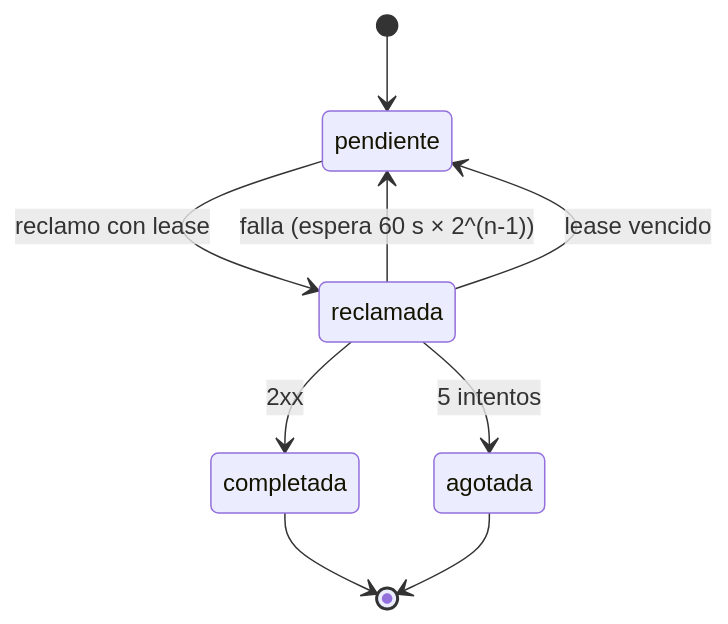
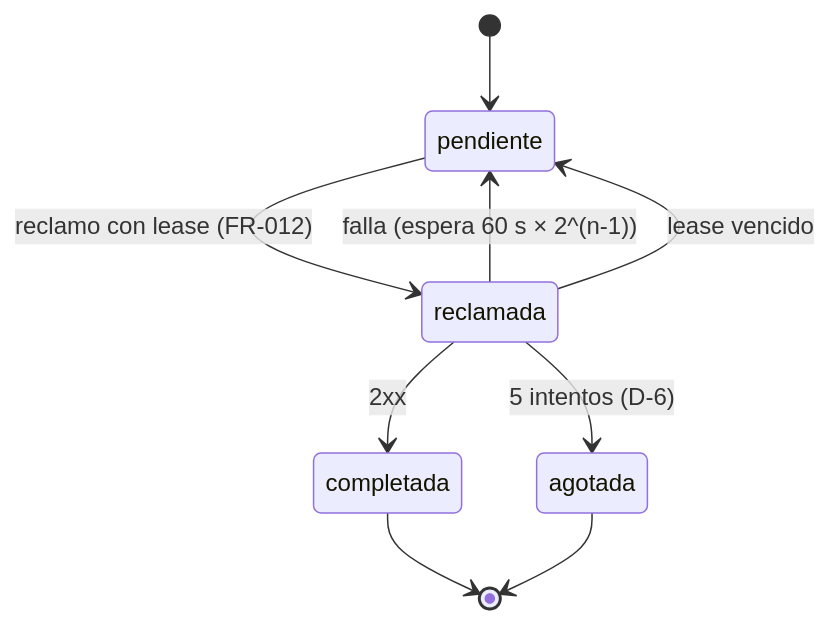
The fourth of 5 diagrams in specs/20270203-100000-api-e-asistente-con-ia/spec.md (nicolasjones/multistorefront-meli), drawn with Mermaid before and after one commit. The commit also changed other lines of this file and 5 other files, not shown here.

````diff
--- a/specs/20270203-100000-api-e-asistente-con-ia/spec.md
+++ b/specs/20270203-100000-api-e-asistente-con-ia/spec.md
@@ -239,11 +262,11 @@
 ```mermaid
 stateDiagram-v2
   [*] --> pendiente
-  pendiente --> reclamada: reclamo con lease
+  pendiente --> reclamada: reclamo con lease (FR-012)
   reclamada --> completada: 2xx
   reclamada --> pendiente: falla (espera 60 s × 2^(n-1))
   reclamada --> pendiente: lease vencido
-  reclamada --> agotada: 5 intentos
+  reclamada --> agotada: 5 intentos (D-6)
   completada --> [*]
   agotada --> [*]
 ```
````
